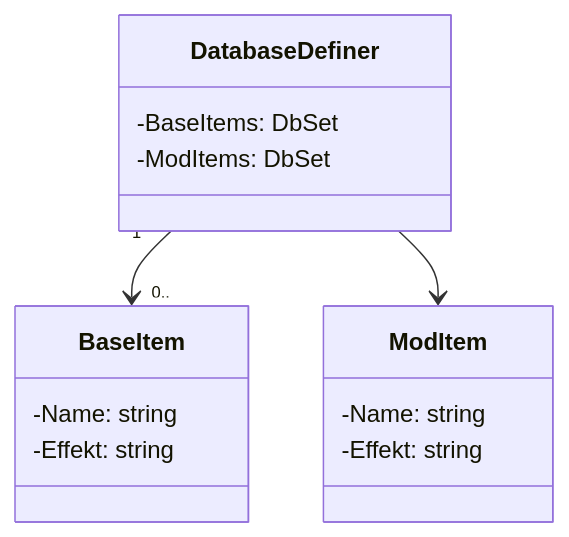
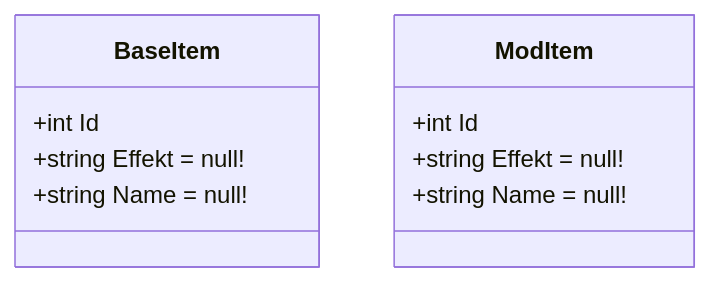
The diagram in README.md (TheRaim22/Projekt-Arbeit-Rahim), drawn with Mermaid before and after one commit.

````diff
--- a/README.md
+++ b/README.md
@@ -7,24 +7,12 @@
 ```mermaid
 classDiagram
 
-    class DatabaseDefiner {
-        -BaseItems: DbSet<BaseItem>
-        -ModItems: DbSet<ModItem>
+BaseItem : +int Id
+BaseItem : +string Effekt = null!
+BaseItem : +string Name = null!
 
-    }
-
-    class BaseItem {
-        -Name: string
-        -Effekt: string
-    }
-
-    class ModItem {
-        -Name: string
-        -Effekt: string
-    }
-
-
-    DatabaseDefiner "1" --> "0.." BaseItem
-    DatabaseDefiner --> ModItem
+ModItem : +int Id
+ModItem : +string Effekt = null!
+ModItem : +string Name = null!
 
 ```
````
